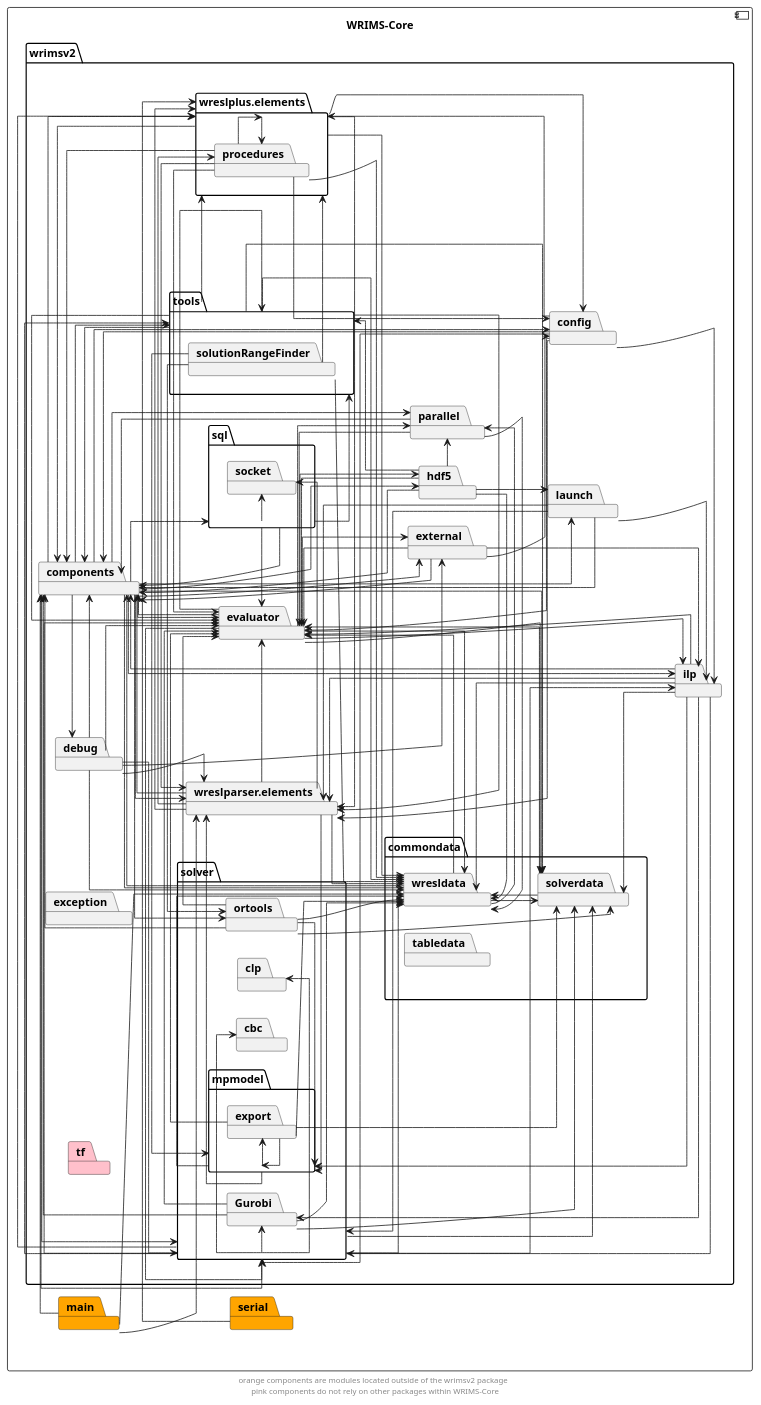
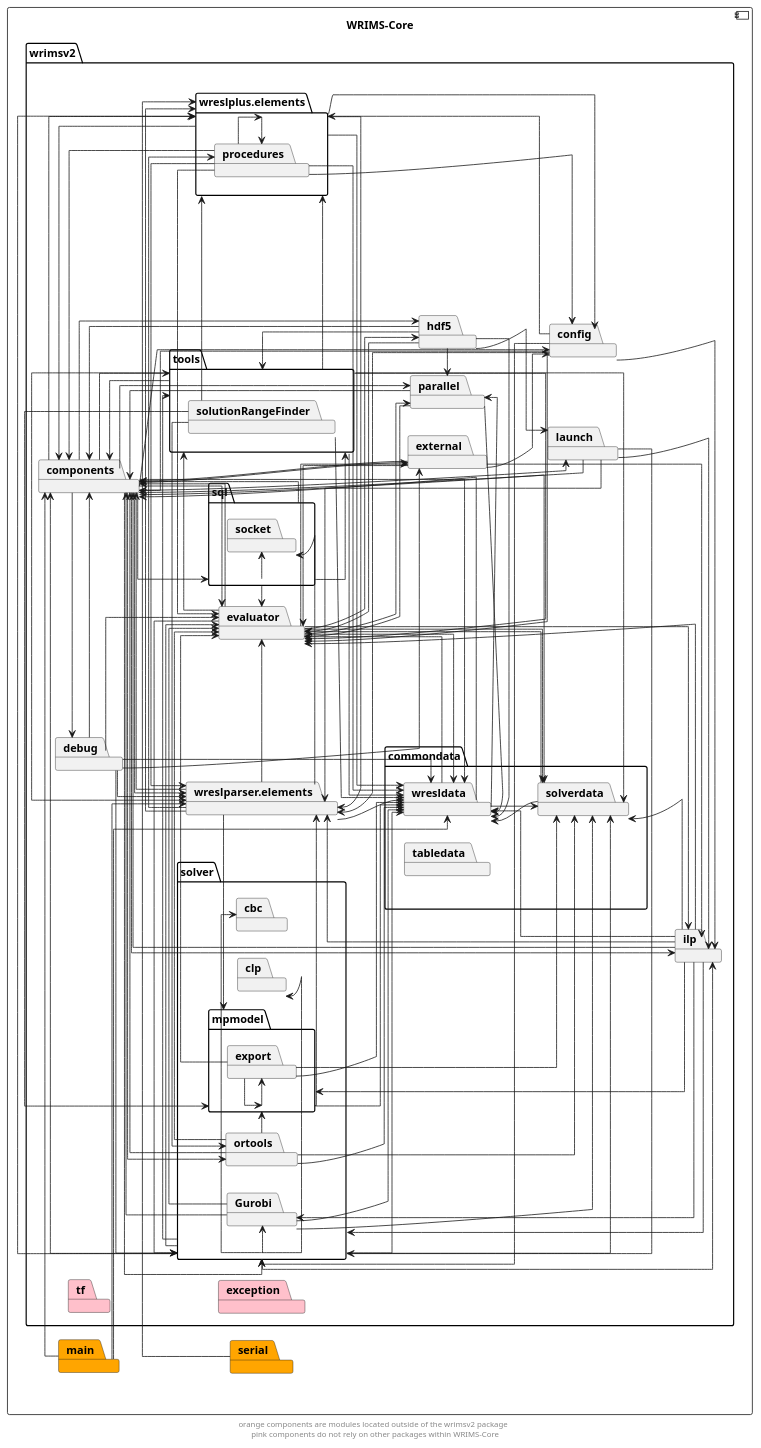
Before and after one commit to CentralValleyModeling/wrims: the diagram in docs/diagrams/wrims-core/wrims-core-interdeps.puml, drawn with PlantUML.

Commit message:
Updated formatting of WRIMS-Core diagram

```diff
--- a/docs/diagrams/wrims-core/wrims-core-interdeps.puml
+++ b/docs/diagrams/wrims-core/wrims-core-interdeps.puml
@@ -15,7 +15,7 @@
         package config
         package debug
         package evaluator
-        package exception
+        package exception #pink
         package external
         package hdf5
         package ilp
@@ -201,6 +201,7 @@
 
 ' The following relationships are hidden and used to format the diagram. They do not represent actual dependencies.
 solver -d[hidden]-> commondata
+tf -d[hidden]-> exception
 
 footer "orange components are modules located outside of the wrimsv2 package \n pink components do not rely on other packages within WRIMS-Core"
 
```
